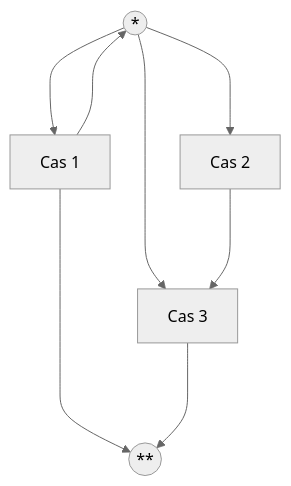
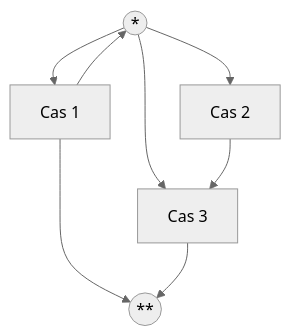
One commit to Kechidi/TP1 changed the seventh of 7 diagrams in cours/black-red-trees.md. Above: the diagram before and after it, drawn with Mermaid (neutral theme).

Commit message:
Fin ajout

````diff
--- a/cours/black-red-trees.md
+++ b/cours/black-red-trees.md
@@ -326,7 +326,7 @@
 ```mermaid
 graph TD
-  start(("*")) ---> Cas1[Cas 1] & Cas2[Cas 2] & Cas3[Cas 3]
-  Cas1 ---> start & stop(("**"))
-  Cas2 ---> Cas3
-  Cas3 ---> stop
+  start(("*")) --> Cas1[Cas 1] & Cas2[Cas 2] & Cas3[Cas 3]
+  Cas1 --> start & stop(("**"))
+  Cas2 --> Cas3
+  Cas3 --> stop
 ```
````
